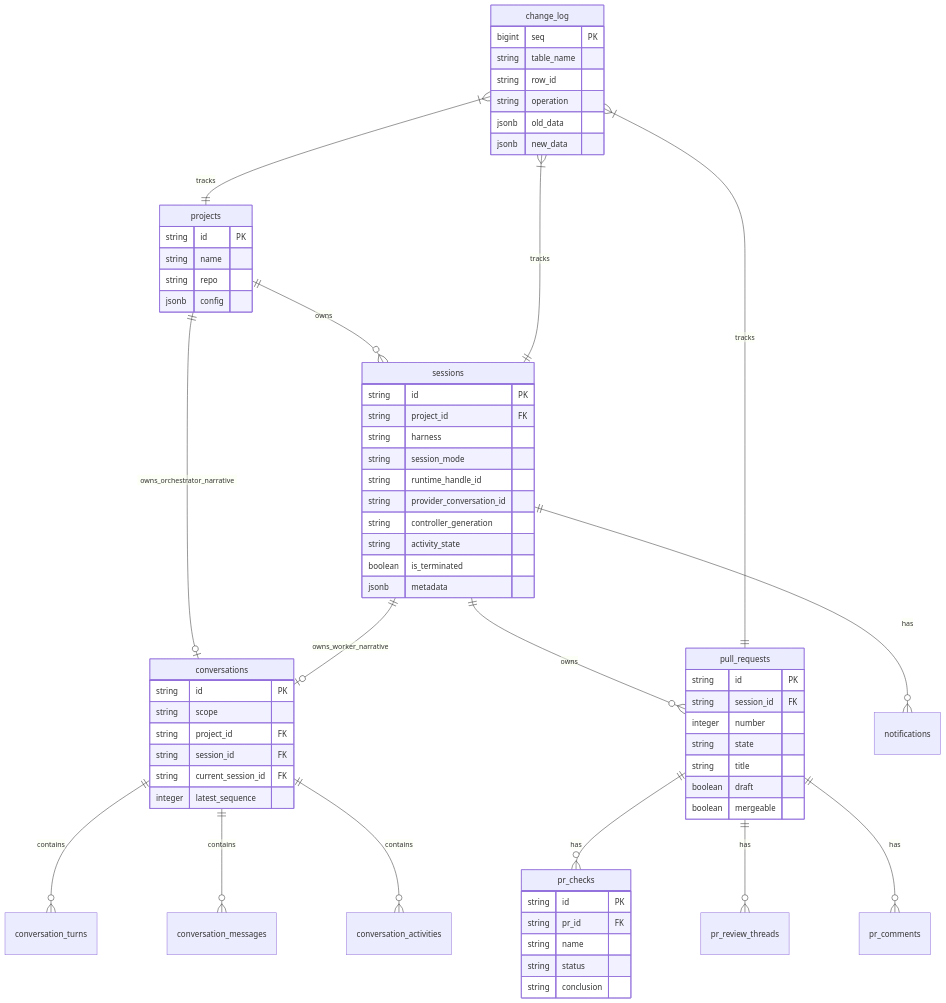
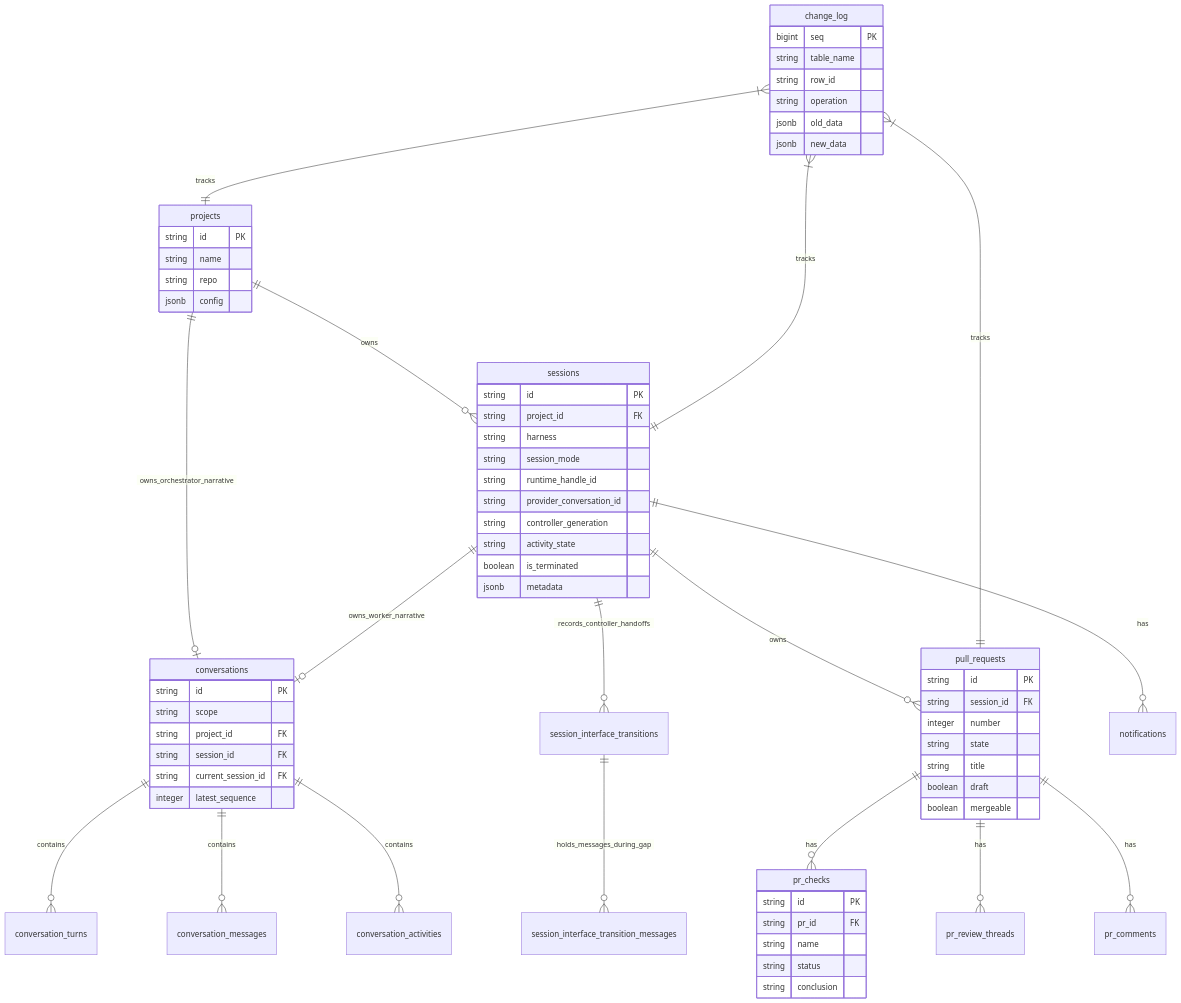
Diagram 11 of 24 in docs/architecture.md (AgentWrapper/agent-orchestrator), drawn with Mermaid before and after one commit. The commit also changed other lines of this file and 62 other files, not shown here.

````diff
--- a/docs/architecture.md
+++ b/docs/architecture.md
@@ -371,73 +424,75 @@
 ```mermaid
 erDiagram
     projects ||--o{ sessions : owns
     projects ||--o| conversations : owns_orchestrator_narrative
     sessions ||--o| conversations : owns_worker_narrative
+    sessions ||--o{ session_interface_transitions : records_controller_handoffs
+    session_interface_transitions ||--o{ session_interface_transition_messages : holds_messages_during_gap
     conversations ||--o{ conversation_turns : contains
     conversations ||--o{ conversation_messages : contains
     conversations ||--o{ conversation_activities : contains
     sessions ||--o{ pull_requests : owns
     pull_requests ||--o{ pr_checks : has
     pull_requests ||--o{ pr_review_threads : has
     pull_requests ||--o{ pr_comments : has
     sessions ||--o{ notifications : has
     change_log }|--|| projects : tracks
     change_log }|--|| sessions : tracks
     change_log }|--|| pull_requests : tracks
 
     projects {
         string id PK
         string name
         string repo
         jsonb config
     }
 
     sessions {
         string id PK
         string project_id FK
         string harness
         string session_mode
         string runtime_handle_id
         string provider_conversation_id
         string controller_generation
         string activity_state
         boolean is_terminated
         jsonb metadata
     }
 
     conversations {
         string id PK
         string scope
         string project_id FK
         string session_id FK
         string current_session_id FK
         integer latest_sequence
     }
 
     pull_requests {
         string id PK
         string session_id FK
         integer number
         string state
         string title
         boolean draft
         boolean mergeable
     }
 
     pr_checks {
         string id PK
         string pr_id FK
         string name
         string status
         string conclusion
     }
 
     change_log {
         bigint seq PK
         string table_name
         string row_id
         string operation
         jsonb old_data
         jsonb new_data
     }
 ```
````
